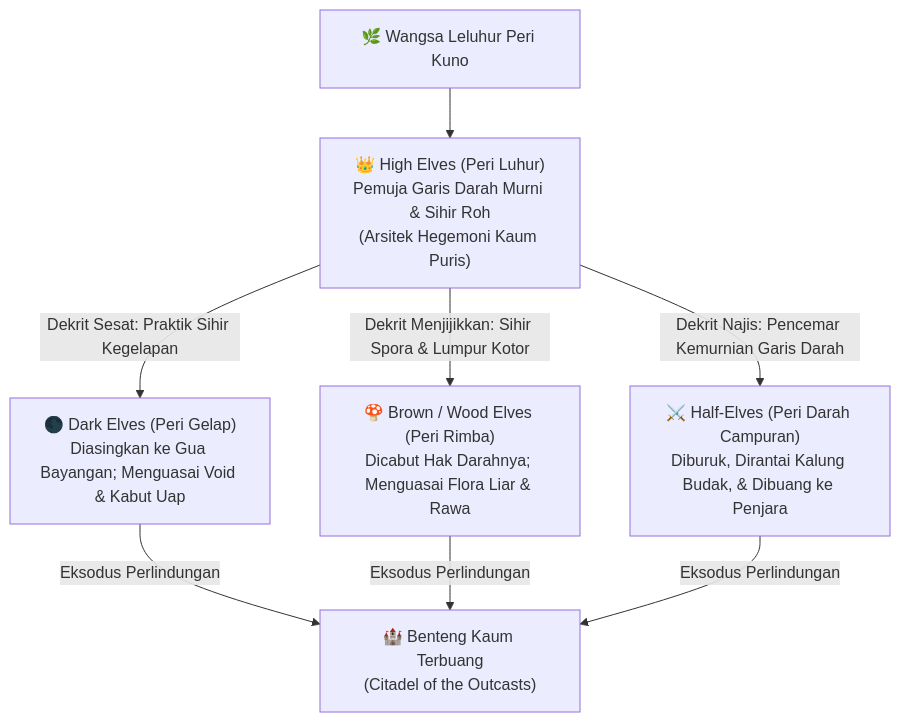
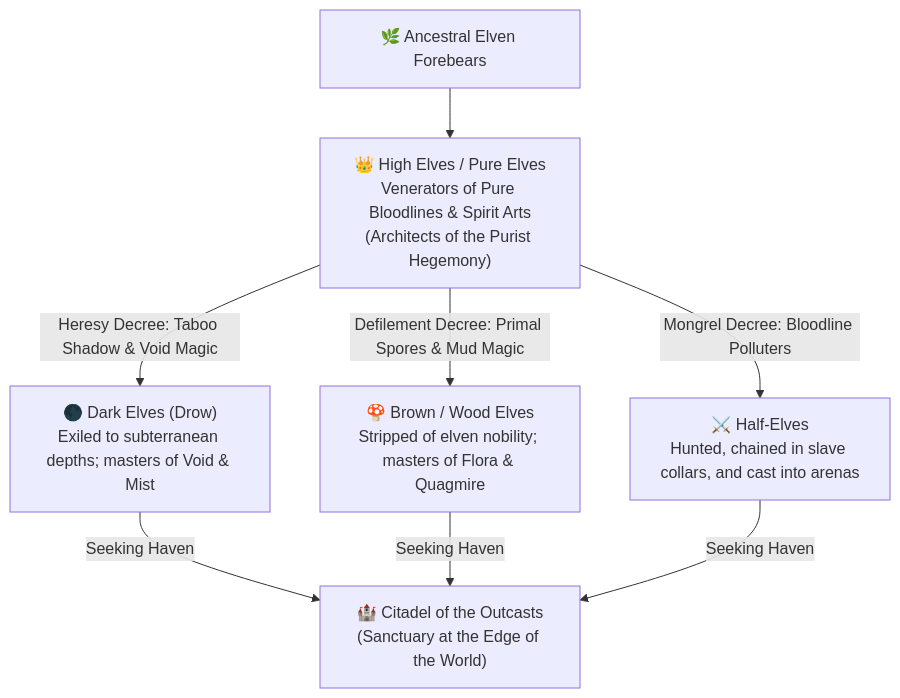
One commit to NealversePrime/ElementalHexTactics3D changed the second of 5 diagrams in wiki/07-Broad-Races-and-Factions.md. Above: the diagram before and after it, drawn with Mermaid. The commit also changed other lines of this file and 2 other files, not shown here.

````diff
--- a/wiki/07-Broad-Races-and-Factions.md
+++ b/wiki/07-Broad-Races-and-Factions.md
@@ -56,12 +56,12 @@
 ```mermaid
 flowchart TD
-    Ancestral["🌿 Wangsa Leluhur Peri Kuno"] --> High["👑 High Elves (Peri Luhur)\nPemuja Garis Darah Murni & Sihir Roh\n(Arsitek Hegemoni Kaum Puris)"]
+    Ancestral["🌿 Ancestral Elven Forebears"] --> High["👑 High Elves / Pure Elves\nVenerators of Pure Bloodlines & Spirit Arts\n(Architects of the Purist Hegemony)"]
 
-    High -->|"Dekrit Sesat: Praktik Sihir Kegelapan"| Dark["🌑 Dark Elves (Peri Gelap)\nDiasingkan ke Gua Bayangan; Menguasai Void & Kabut Uap"]
-    High -->|"Dekrit Menjijikkan: Sihir Spora & Lumpur Kotor"| Wood["🍄 Brown / Wood Elves (Peri Rimba)\nDicabut Hak Darahnya; Menguasai Flora Liar & Rawa"]
-    High -->|"Dekrit Najis: Pencemar Kemurnian Garis Darah"| Half["⚔️ Half-Elves (Peri Darah Campuran)\nDiburuk, Dirantai Kalung Budak, & Dibuang ke Penjara"]
+    High -->|"Heresy Decree: Taboo Shadow & Void Magic"| Dark["🌑 Dark Elves (Drow)\nExiled to subterranean depths; masters of Void & Mist"]
+    High -->|"Defilement Decree: Primal Spores & Mud Magic"| Wood["🍄 Brown / Wood Elves\nStripped of elven nobility; masters of Flora & Quagmire"]
+    High -->|"Mongrel Decree: Bloodline Polluters"| Half["⚔️ Half-Elves\nHunted, chained in slave collars, and cast into arenas"]
 
-    Dark -->|"Eksodus Perlindungan"| Citadel["🏰 Benteng Kaum Terbuang\n(Citadel of the Outcasts)"]
-    Wood -->|"Eksodus Perlindungan"| Citadel
-    Half -->|"Eksodus Perlindungan"| Citadel
+    Dark -->|"Seeking Haven"| Citadel["🏰 Citadel of the Outcasts\n(Sanctuary at the Edge of the World)"]
+    Wood -->|"Seeking Haven"| Citadel
+    Half -->|"Seeking Haven"| Citadel
 ```
````
